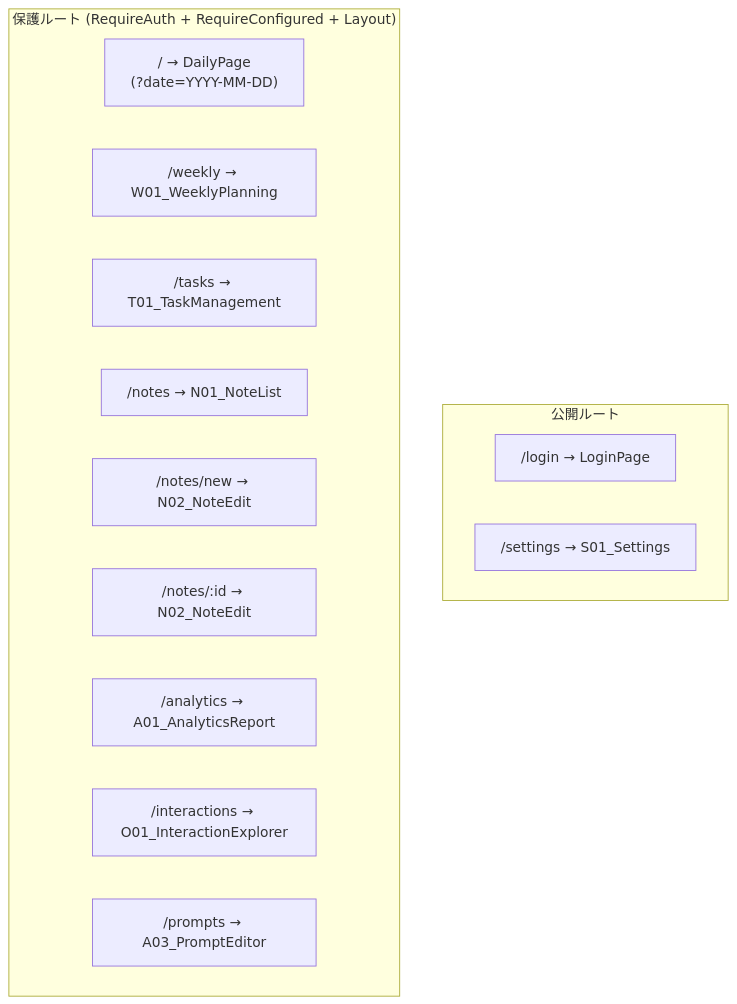
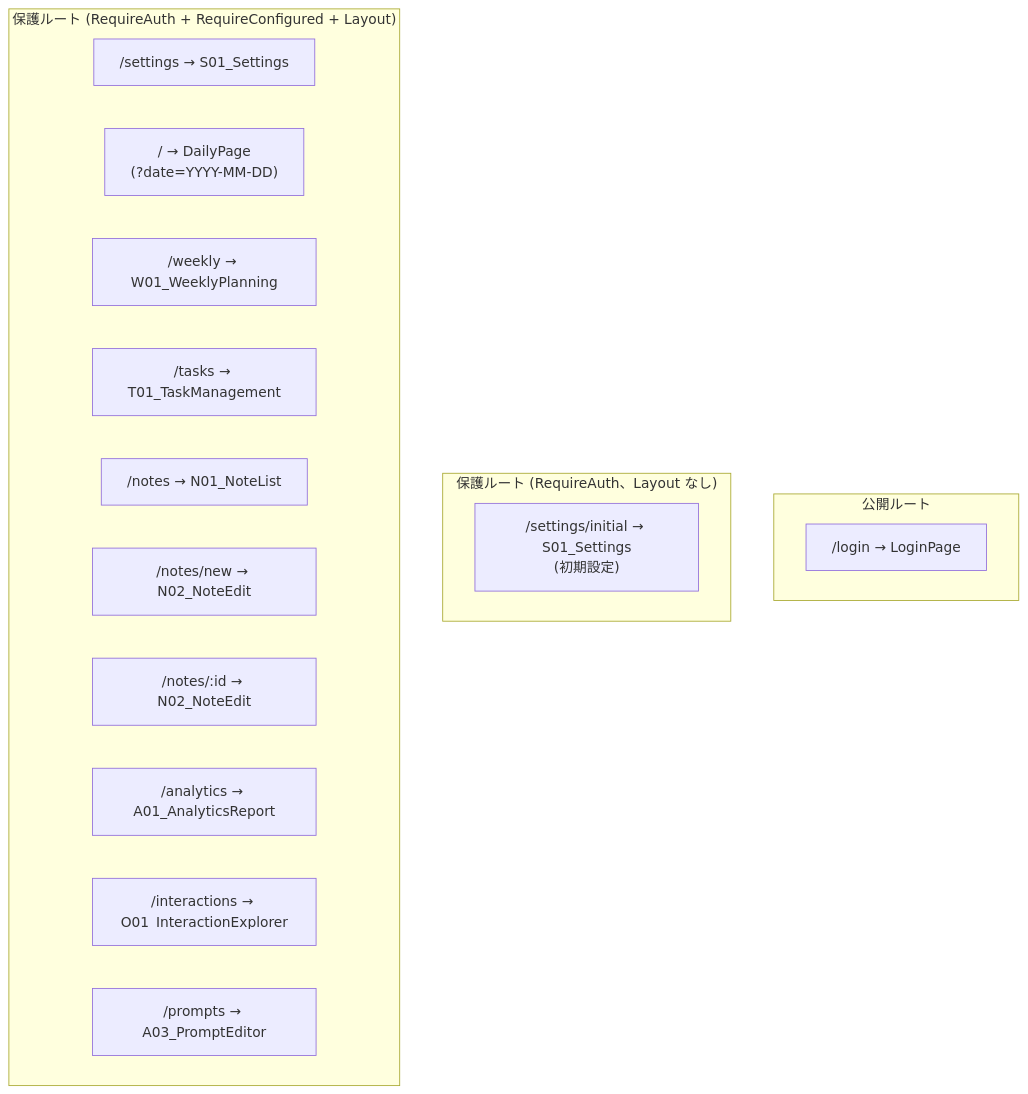
The eighth of 13 diagrams in frontend/src/ARCHITECTURE.md (yu-min3/kensan), drawn with Mermaid before and after one commit. The commit also changed other lines of this file and 14 other files, not shown here.

````diff
--- a/frontend/src/ARCHITECTURE.md
+++ b/frontend/src/ARCHITECTURE.md
@@ -415,19 +415,23 @@
 ```mermaid
 graph TB
     subgraph "公開ルート"
         Login["/login → LoginPage"]
-        Settings["/settings → S01_Settings"]
+    end
+
+    subgraph "保護ルート (RequireAuth、Layout なし)"
+        SettingsInitial["/settings/initial → S01_Settings<br/>(初期設定)"]
     end
 
     subgraph "保護ルート (RequireAuth + RequireConfigured + Layout)"
+        SettingsRoute["/settings → S01_Settings"]
         Daily["/ → DailyPage<br/>(?date=YYYY-MM-DD)"]
         Weekly["/weekly → W01_WeeklyPlanning"]
         TasksRoute["/tasks → T01_TaskManagement"]
         NotesRoute["/notes → N01_NoteList"]
         NoteNew["/notes/new → N02_NoteEdit"]
         NoteEdit["/notes/:id → N02_NoteEdit"]
         AnalyticsRoute["/analytics → A01_AnalyticsReport"]
         InteractionsRoute["/interactions → O01_InteractionExplorer"]
         PromptsRoute["/prompts → A03_PromptEditor"]
     end
 ```
````
